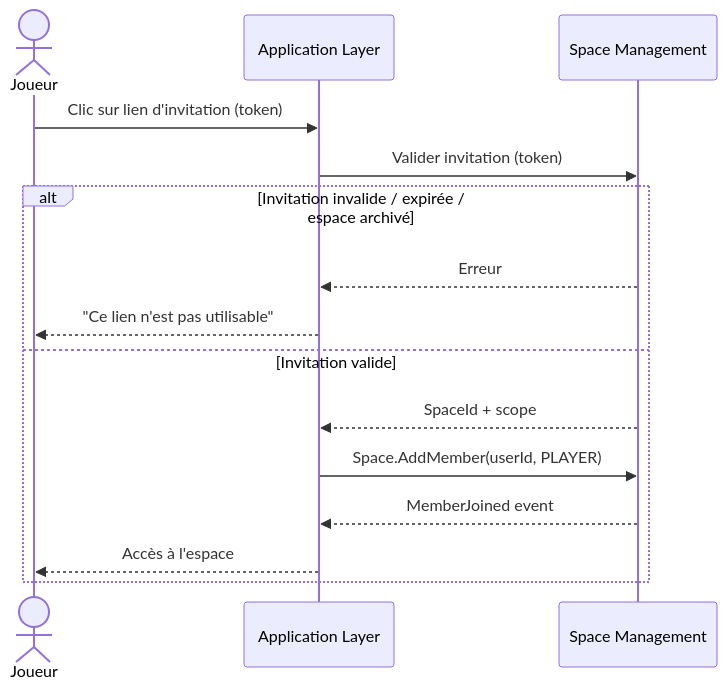
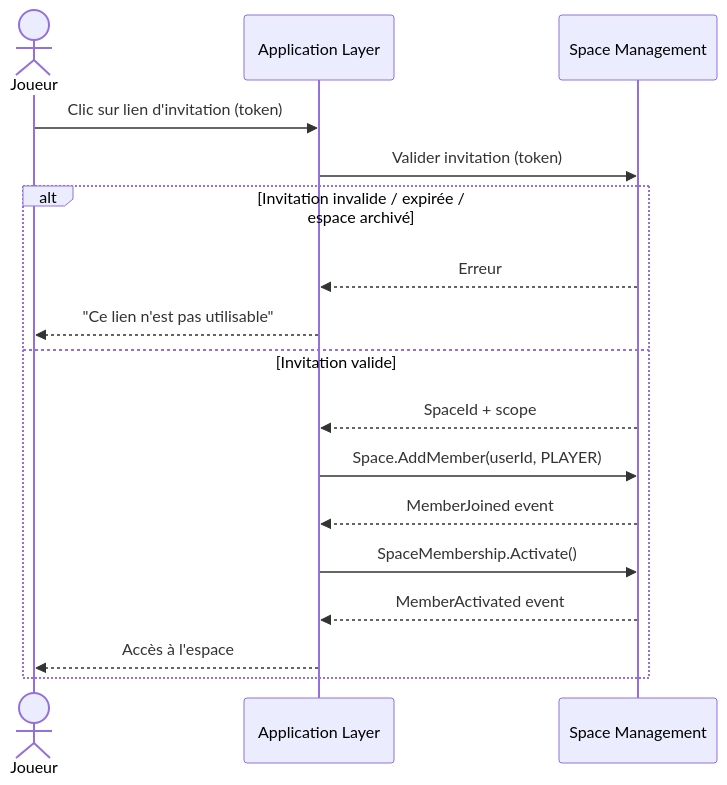
Before and after one commit to 2025-10-CDA-ECO-P6/PM-micro-saas: the third of 7 diagrams in docs/domaine/space-management/flows.md, drawn with Mermaid. The commit also changed other lines of this file, not shown here.

First line of the commit message:
docs(domaine): aligne les flux 1 et 3 de Space Management sur le besoin

````diff
--- a/docs/domaine/space-management/flows.md
+++ b/docs/domaine/space-management/flows.md
@@ -45,18 +42,20 @@
 ```mermaid
 sequenceDiagram
     actor Joueur
     participant App as Application Layer
     participant SM as Space Management
 
     Joueur->>App: Clic sur lien d'invitation (token)
     App->>SM: Valider invitation (token)
     alt Invitation invalide / expirée / espace archivé
         SM-->>App: Erreur
         App-->>Joueur: "Ce lien n'est pas utilisable"
     else Invitation valide
         SM-->>App: SpaceId + scope
         App->>SM: Space.AddMember(userId, PLAYER)
         SM-->>App: MemberJoined event
+        App->>SM: SpaceMembership.Activate()
+        SM-->>App: MemberActivated event
         App-->>Joueur: Accès à l'espace
     end
 ```
````
